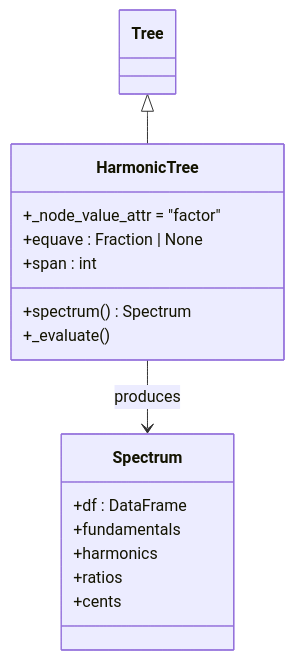
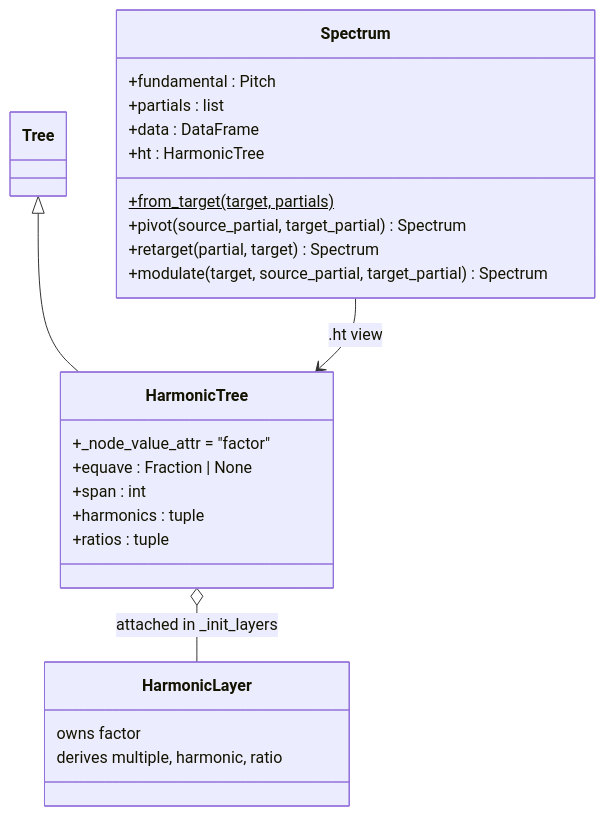
Before and after one commit to kr4g/Klotho: the second of 5 diagrams in docs/architecture/03_TONOS.md, drawn with Mermaid. The commit also changed other lines of this file and 13 other files, not shown here.

First line of the commit message:
Overhaul architecture docs for Klotho 10.x API

````diff
--- a/docs/architecture/03_TONOS.md
+++ b/docs/architecture/03_TONOS.md
@@ -167,22 +176,31 @@
 ```mermaid
 classDiagram
     Tree <|-- HarmonicTree
 
     class HarmonicTree {
         +_node_value_attr = "factor"
         +equave : Fraction | None
         +span : int
-        +spectrum() Spectrum
-        +_evaluate()
+        +harmonics : tuple
+        +ratios : tuple
+    }
+
+    class HarmonicLayer {
+        owns factor
+        derives multiple, harmonic, ratio
     }
 
     class Spectrum {
-        +df : DataFrame
-        +fundamentals
-        +harmonics
-        +ratios
-        +cents
+        +fundamental : Pitch
+        +partials : list
+        +data : DataFrame
+        +ht : HarmonicTree
+        +from_target(target, partials)$
+        +pivot(source_partial, target_partial) Spectrum
+        +retarget(partial, target) Spectrum
+        +modulate(target, source_partial, target_partial) Spectrum
     }
 
-    HarmonicTree --> Spectrum : produces
+    HarmonicTree o-- HarmonicLayer : attached in _init_layers
+    Spectrum --> HarmonicTree : .ht view
 ```
````
